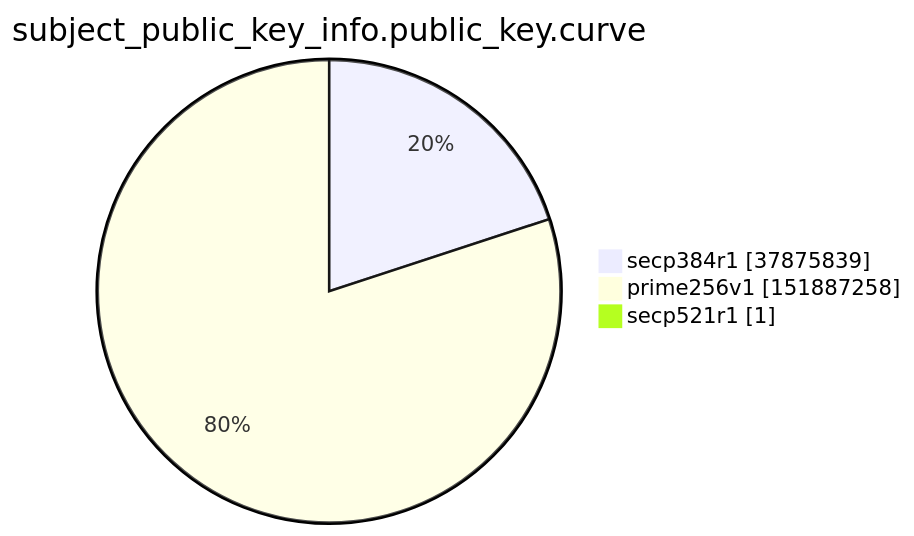
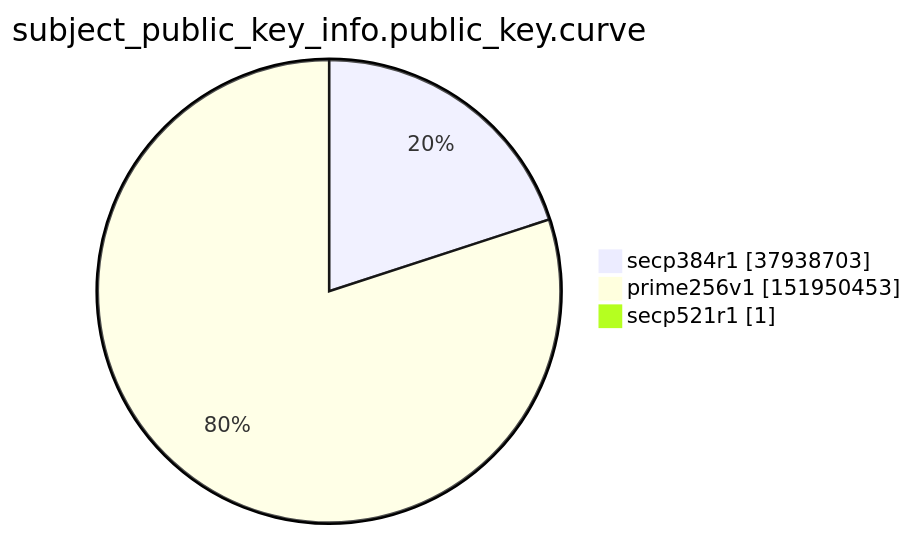
The ninth of 15 diagrams in xenon2022/README.md (christiankrug/ctmonitor_visualization), drawn with Mermaid before and after one commit. The commit also changed other lines of this file, not shown here.

````diff
--- a/xenon2022/README.md
+++ b/xenon2022/README.md
@@ -2860,7 +2860,7 @@
 ```mermaid
 pie showData
 title subject_public_key_info.public_key.curve
-"secp384r1" :37875839
-"prime256v1" :151887258
+"secp384r1" :37938703
+"prime256v1" :151950453
 "secp521r1" :1
 ```
````
